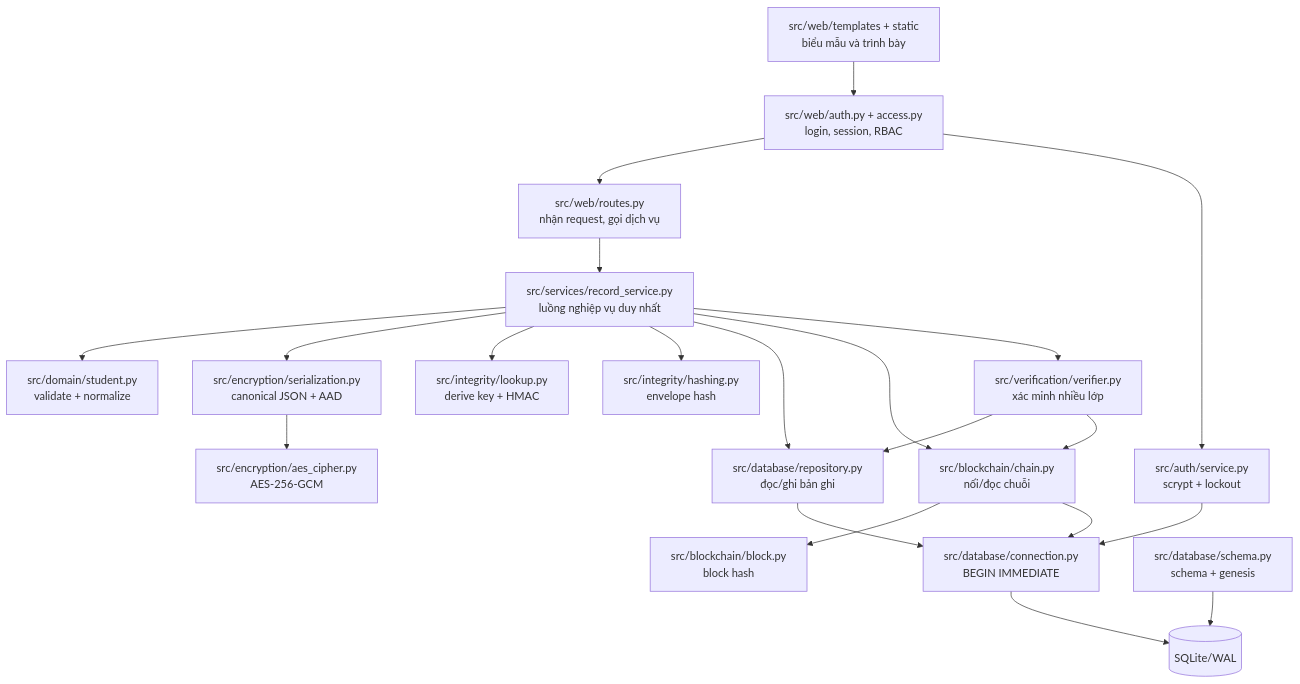
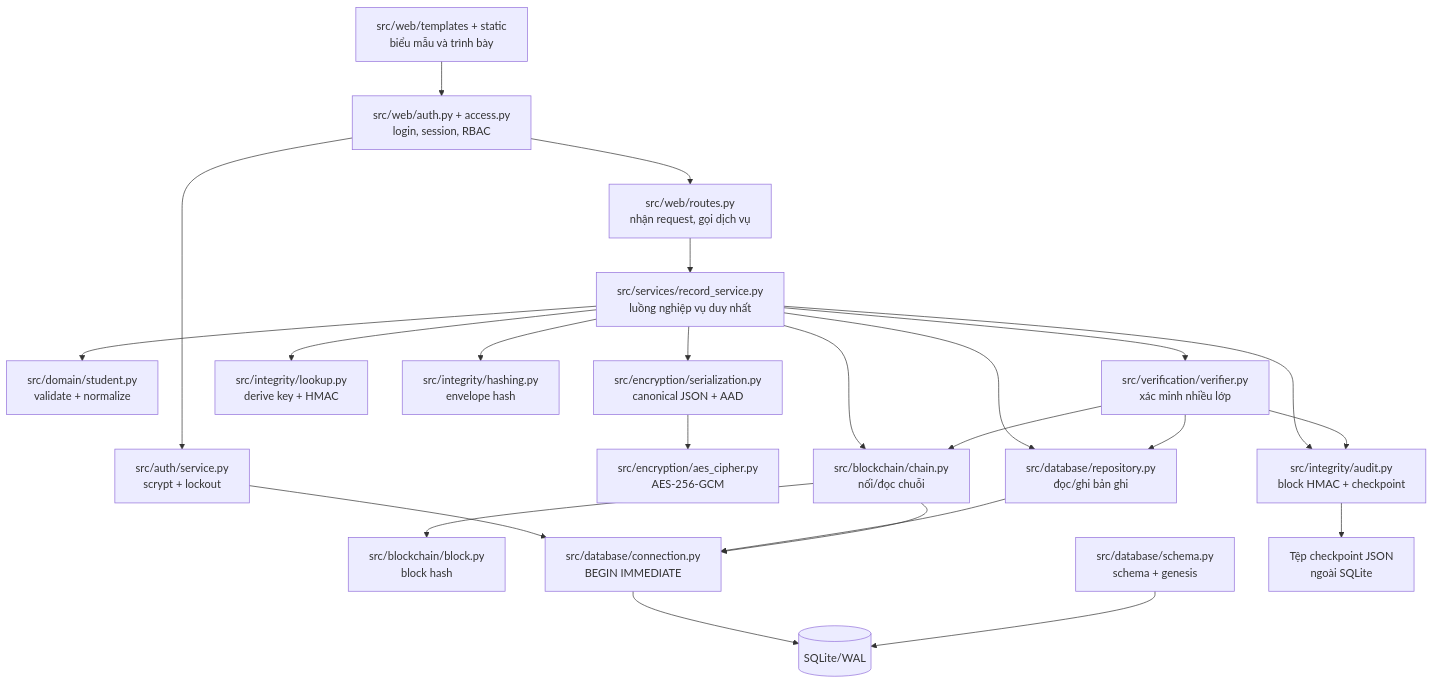
The second of 6 diagrams in docs/KIEN_TRUC_HE_THONG.md (hv6z/secureedu-authenticated-student-records), drawn with Mermaid before and after one commit. The commit also changed other lines of this file and 36 other files, not shown here.

````diff
--- a/docs/KIEN_TRUC_HE_THONG.md
+++ b/docs/KIEN_TRUC_HE_THONG.md
@@ -29,38 +31,43 @@
 ```mermaid
 flowchart TB
     UI["src/web/templates + static<br/>biểu mẫu và trình bày"]
     WEB_AUTH["src/web/auth.py + access.py<br/>login, session, RBAC"]
     AUTH["src/auth/service.py<br/>scrypt + lockout"]
     ROUTE["src/web/routes.py<br/>nhận request, gọi dịch vụ"]
     SERVICE["src/services/record_service.py<br/>luồng nghiệp vụ duy nhất"]
 
     DOMAIN["src/domain/student.py<br/>validate + normalize"]
     SERIAL["src/encryption/serialization.py<br/>canonical JSON + AAD"]
     AES["src/encryption/aes_cipher.py<br/>AES-256-GCM"]
     LOOKUP["src/integrity/lookup.py<br/>derive key + HMAC"]
     HASH["src/integrity/hashing.py<br/>envelope hash"]
+    AUDIT["src/integrity/audit.py<br/>block HMAC + checkpoint"]
     REPO["src/database/repository.py<br/>đọc/ghi bản ghi"]
     BLOCK["src/blockchain/block.py<br/>block hash"]
     CHAIN["src/blockchain/chain.py<br/>nối/đọc chuỗi"]
     VERIFY["src/verification/verifier.py<br/>xác minh nhiều lớp"]
     CONN["src/database/connection.py<br/>BEGIN IMMEDIATE"]
     SCHEMA["src/database/schema.py<br/>schema + genesis"]
     DB[("SQLite/WAL")]
+    CHECKPOINT["Tệp checkpoint JSON<br/>ngoài SQLite"]
 
     UI --> WEB_AUTH --> ROUTE --> SERVICE
     WEB_AUTH --> AUTH --> CONN
     SERVICE --> DOMAIN
     SERVICE --> SERIAL --> AES
     SERVICE --> LOOKUP
     SERVICE --> HASH
+    SERVICE --> AUDIT
     SERVICE --> REPO
     SERVICE --> CHAIN
     SERVICE --> VERIFY
     REPO --> CONN
     CHAIN --> BLOCK
     CHAIN --> CONN
     VERIFY --> REPO
     VERIFY --> CHAIN
+    VERIFY --> AUDIT
+    AUDIT --> CHECKPOINT
     CONN --> DB
     SCHEMA --> DB
 ```
````
